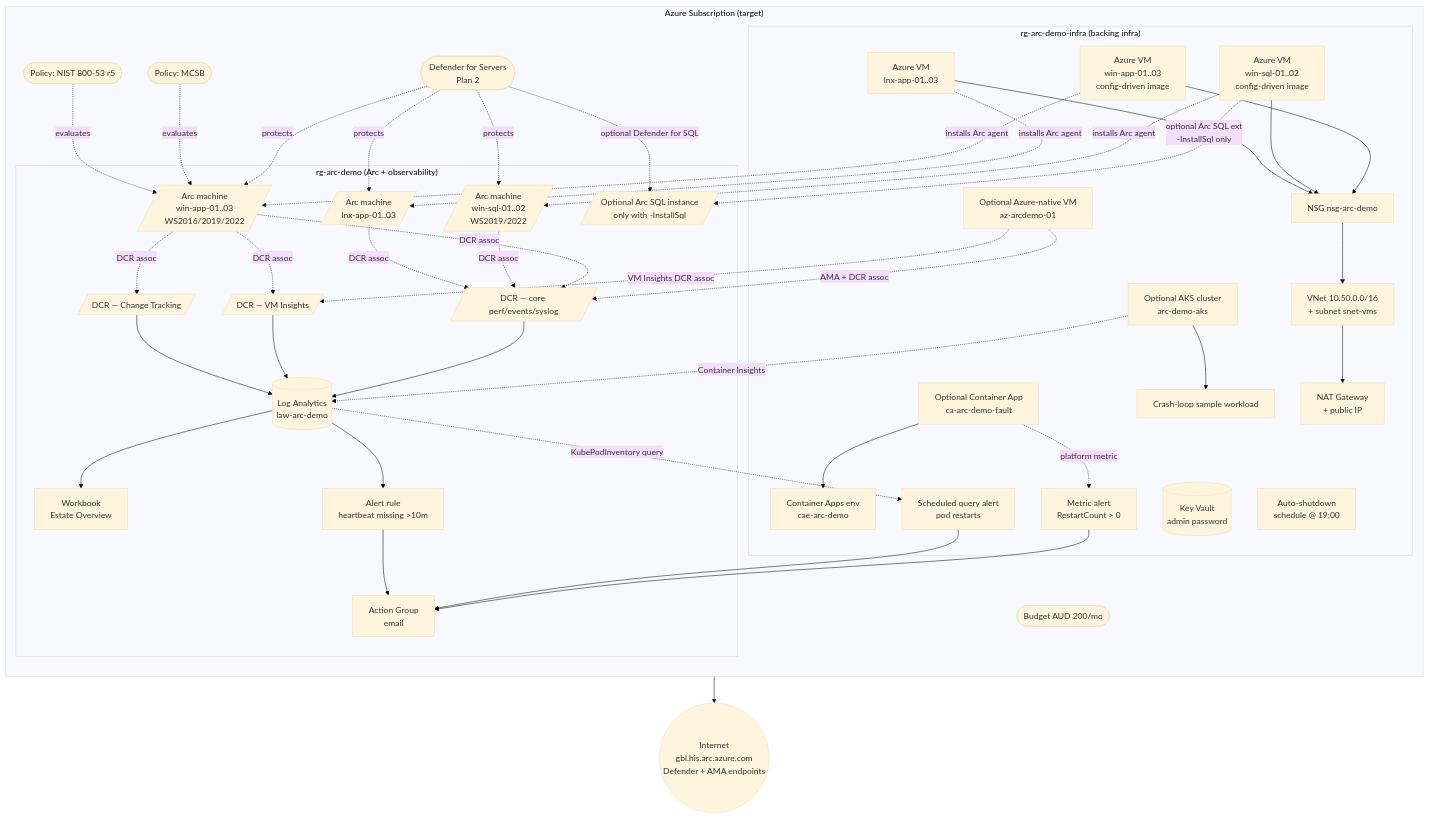
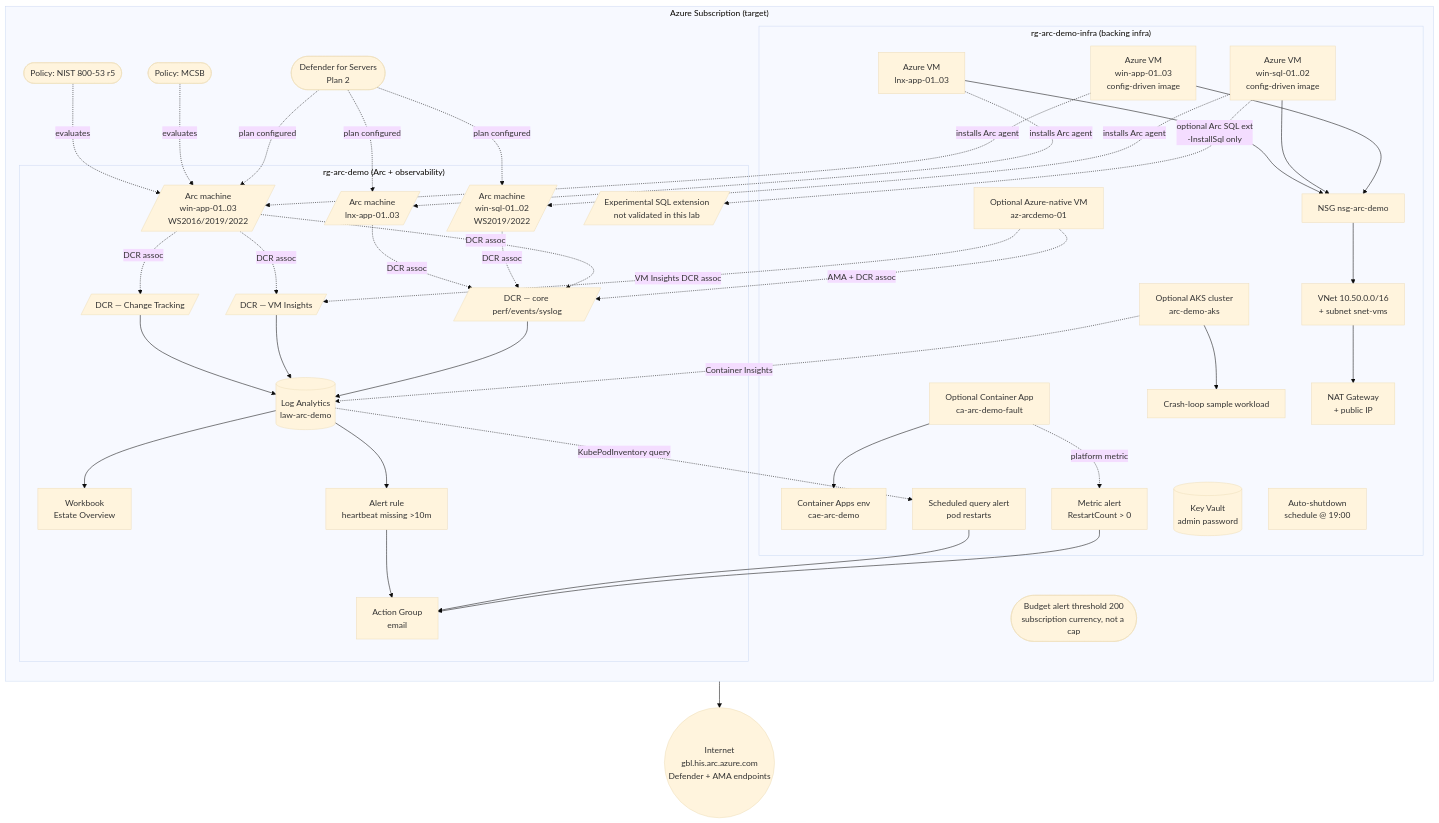
Before and after one commit to corey-skapin/arc-demo: the diagram in docs/architecture.md, drawn with Mermaid (base theme). The commit also changed other lines of this file and 19 other files, not shown here.

````diff
--- a/docs/architecture.md
+++ b/docs/architecture.md
@@ -20,7 +20,7 @@
             ARC1[/Arc machine<br/>win-app-01..03<br/>WS2016/2019/2022/]
             ARC2[/Arc machine<br/>win-sql-01..02<br/>WS2019/2022/]
             ARC3[/Arc machine<br/>lnx-app-01..03/]
-            SQL1[/Optional Arc SQL instance<br/>only with -InstallSql/]
+            SQL1[/Experimental SQL extension<br/>not validated in this lab/]
         end
 
         subgraph rg_infra["rg-arc-demo-infra (backing infra)"]
@@ -44,7 +44,7 @@
         DEFENDER([Defender for Servers<br/>Plan 2])
         POL([Policy: MCSB])
         POL2([Policy: NIST 800-53 r5])
-        BUDGET([Budget AUD 200/mo])
+        BUDGET([Budget alert threshold 200<br/>subscription currency, not a cap])
     end
 
     INET((Internet<br/>gbl.his.arc.azure.com<br/>Defender + AMA endpoints))
@@ -84,10 +84,9 @@
     VNET --> NAT
     NAT --> INET
 
-    DEFENDER -. protects .-> ARC1
-    DEFENDER -. protects .-> ARC2
-    DEFENDER -. protects .-> ARC3
-    DEFENDER -. optional Defender for SQL .-> SQL1
+    DEFENDER -. plan configured .-> ARC1
+    DEFENDER -. plan configured .-> ARC2
+    DEFENDER -. plan configured .-> ARC3
     POL -. evaluates .-> ARC1
     POL2 -. evaluates .-> ARC1
 ```
````
